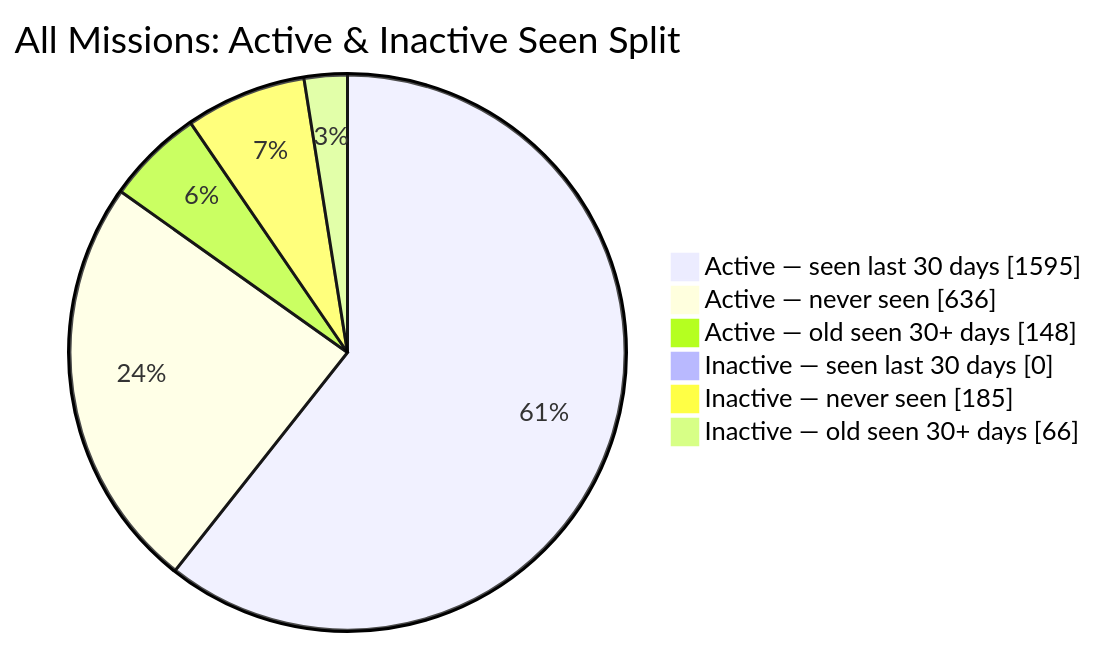
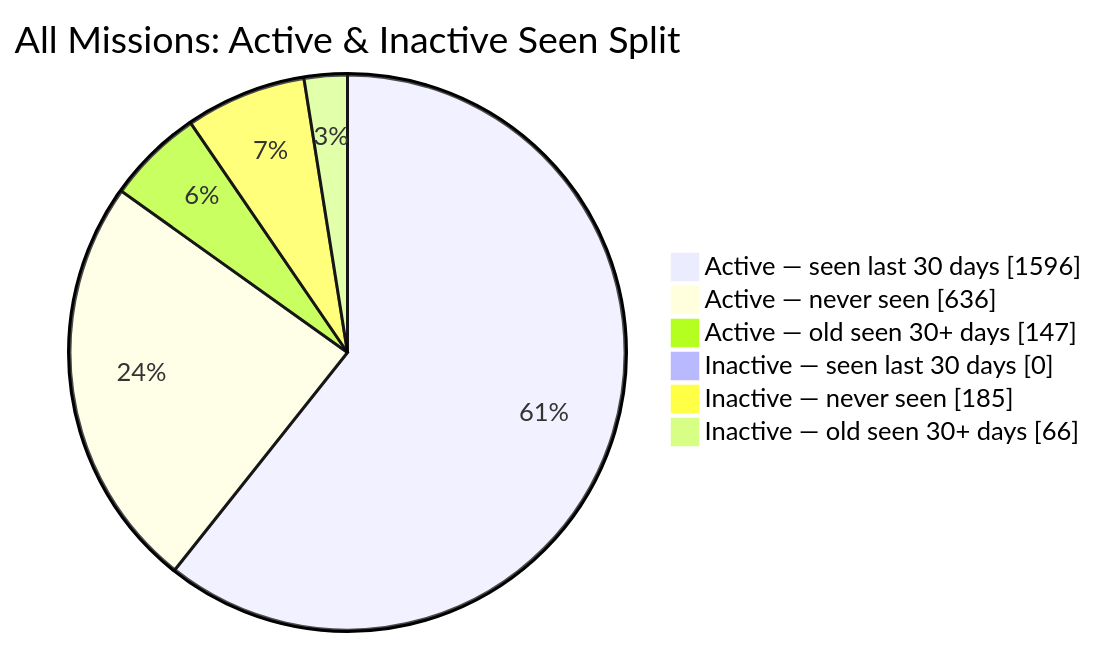
The second of 2 diagrams in README.md (MeldkamerspelGameTeam/active-missions), drawn with Mermaid before and after one commit. The commit also changed other lines of this file and 2 other files, not shown here.

````diff
--- a/README.md
+++ b/README.md
@@ -44,10 +44,10 @@
 ```mermaid
 pie showData
     title All Missions: Active & Inactive Seen Split
-    "Active — seen last 30 days" : 1595
+    "Active — seen last 30 days" : 1596
     "Active — never seen" : 636
-    "Active — old seen 30+ days" : 148
+    "Active — old seen 30+ days" : 147
     "Inactive — seen last 30 days" : 0
     "Inactive — never seen" : 185
     "Inactive — old seen 30+ days" : 66
 ```
````
